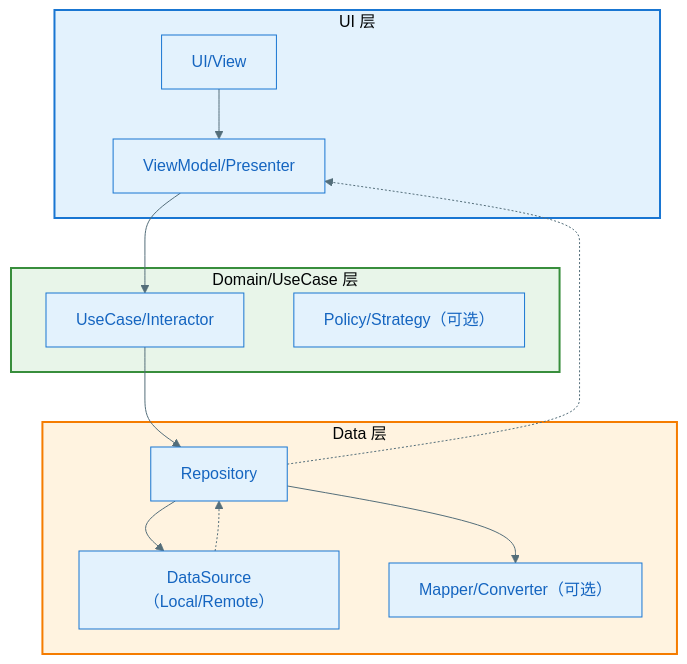
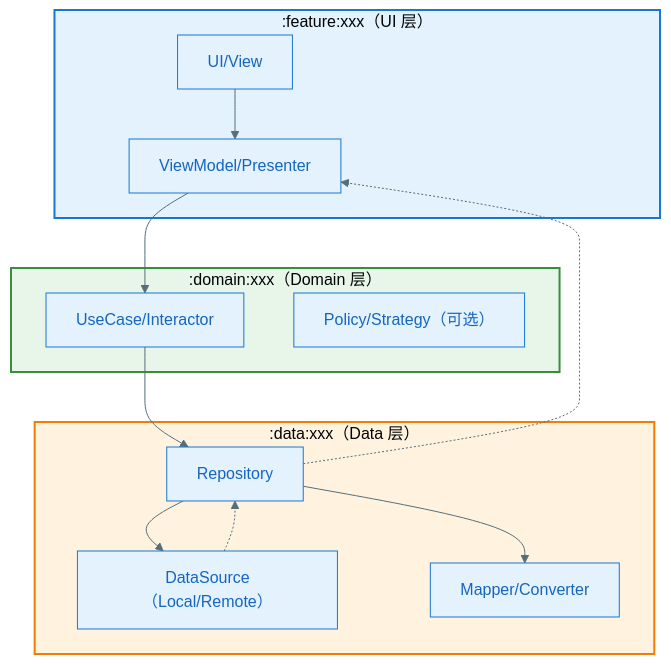
One commit to jackykarma/Verity changed the third of 13 diagrams in .specify/templates/plan-template.md. Above: the diagram before and after it, drawn with Mermaid. The commit also changed other lines of this file and 5 other files, not shown here.

Commit message:
1.plan-template优化 2.增加一个从markdown中导出mermaid图形的skill

````diff
--- a/.specify/templates/plan-template.md
+++ b/.specify/templates/plan-template.md
@@ -240,34 +238,34 @@
 ```mermaid
 %%{init: {'theme': 'base', 'themeVariables': { 'primaryColor': '#E3F2FD', 'primaryTextColor': '#1565C0', 'primaryBorderColor': '#1976D2', 'lineColor': '#546E7A'}}}%%
 flowchart TB
-    subgraph UILayer["UI 层"]
+    subgraph UILayer[":feature:xxx（UI 层）"]
         UI["UI/View"]
         VM["ViewModel/Presenter"]
     end
 
-    subgraph DomainLayer["Domain/UseCase 层"]
+    subgraph DomainLayer[":domain:xxx（Domain 层）"]
         UC["UseCase/Interactor"]
         Policy["Policy/Strategy（可选）"]
     end
 
-    subgraph DataLayer["Data 层"]
+    subgraph DataLayer[":data:xxx（Data 层）"]
         Repo["Repository"]
         DS["DataSource（Local/Remote）"]
-        Mapper["Mapper/Converter（可选）"]
+        Mapper["Mapper/Converter"]
     end
 
     %% 静态依赖（同步调用）- 实线箭头
     UI --> VM
     VM --> UC
     UC --> Repo
     Repo --> DS
     Repo --> Mapper
 
     %% 动态协作（异步/事件）- 虚线箭头
     DS -.-> Repo
     Repo -.-> VM
 
     style UILayer fill:#E3F2FD,stroke:#1976D2,stroke-width:2px
     style DomainLayer fill:#E8F5E9,stroke:#388E3C,stroke-width:2px
     style DataLayer fill:#FFF3E0,stroke:#F57C00,stroke-width:2px
 ```
````
